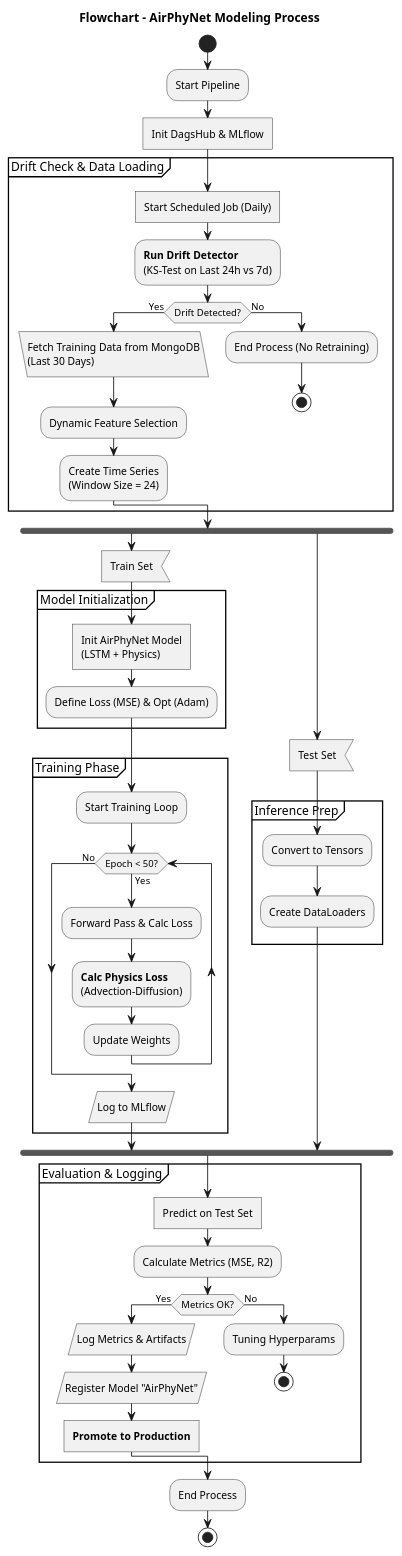
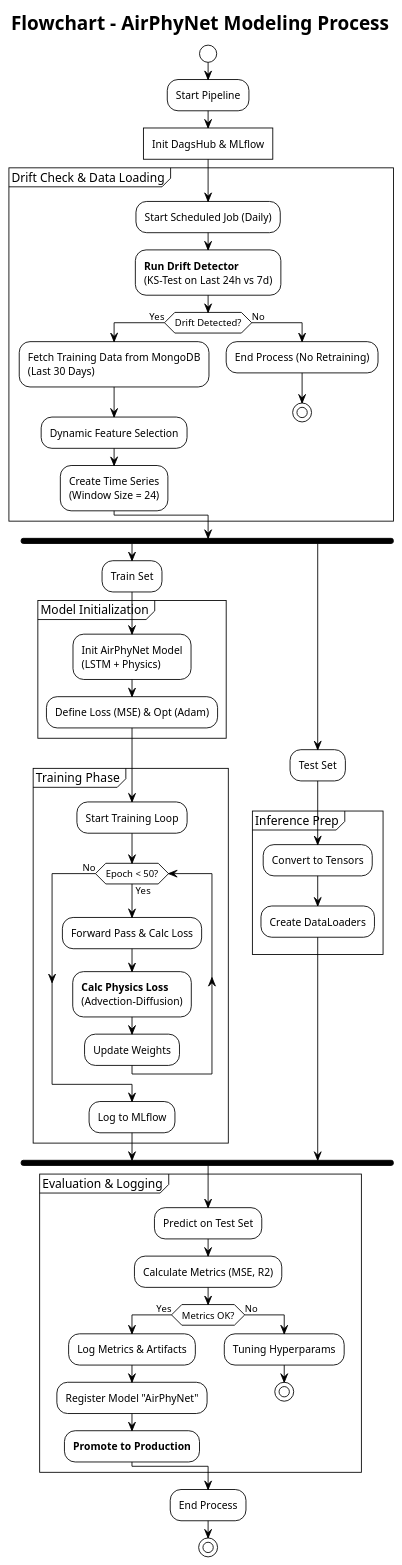
Before and after one commit to pratama404/breev: the diagram in docs/Architecture_Diagrams/flowchart-airphynet-modeling.puml, drawn with PlantUML. The commit also changed 11 other files, not shown here.

Commit message:
feat: Add initial backend services for data ingestion, ML model, monitoring, and comprehensive architectural documentation.

```diff
--- a/docs/Architecture_Diagrams/flowchart-airphynet-modeling.puml
+++ b/docs/Architecture_Diagrams/flowchart-airphynet-modeling.puml
@@ -1,73 +1,73 @@
 @startuml Flowchart - AirPhyNet Horizontal
 title Flowchart - AirPhyNet Modeling Process
-
+!theme plain
+skinparam shadowng false
 
 start
 
 :Start Pipeline;
 
 :Init DagsHub & MLflow; <<task>>
 
-partition "Drift Check & Data Loading" {
-    :Start Scheduled Job (Daily); <<task>>
+group "Drift Check & Data Loading"
+    :Start Scheduled Job (Daily);
     :<b>Run Drift Detector</b>\n(KS-Test on Last 24h vs 7d);
     
     if (Drift Detected?) then (Yes)
-        :Fetch Training Data from MongoDB\n(Last 30 Days); <<load>>
+        :Fetch Training Data from MongoDB\n(Last 30 Days);
         :Dynamic Feature Selection;
         :Create Time Series\n(Window Size = 24);
     else (No)
         :End Process (No Retraining);
         stop
     endif
-}
+end group
 
 ' Percabangan untuk memisahkan Dataset
 fork
     ' === JALUR ATAS: TRAINING ===
-    :Train Set; <<input>>
+    :Train Set;
     
-    partition "Model Initialization" {
-        :Init AirPhyNet Model\n(LSTM + Physics); <<task>>
+    group "Model Initialization"
+        :Init AirPhyNet Model\n(LSTM + Physics);
         :Define Loss (MSE) & Opt (Adam);
-    }
+    end group
 
-    partition "Training Phase" {
-        ' Loop disederhanakan agar rapi di horizontal
+    group "Training Phase"
         :Start Training Loop;
         while (Epoch < 50?) is (Yes)
             :Forward Pass & Calc Loss;
             :<b>Calc Physics Loss</b>\n(Advection-Diffusion);
             :Update Weights;
         endwhile (No)
-        :Log to MLflow; <<save>>
-    }
+        :Log to MLflow;
+    end group
 
 fork again
     ' === JALUR BAWAH: TESTING ===
-    :Test Set; <<input>>
+    :Test Set;
     
-    partition "Inference Prep" {
+    group "Inference Prep"
         :Convert to Tensors;
         :Create DataLoaders;
-    }
+    end group
 end fork
 
-partition "Evaluation & Logging" {
-    :Predict on Test Set; <<task>>
+group "Evaluation & Logging"
+    :Predict on Test Set;
     :Calculate Metrics (MSE, R2);
     
     if (Metrics OK?) then (Yes)
-        :Log Metrics & Artifacts; <<save>>
-        :Register Model "AirPhyNet"; <<save>>
-        :<b>Promote to Production</b>; <<task>>
+        :Log Metrics & Artifacts;
+        :Register Model "AirPhyNet";
+        :<b>Promote to Production</b>;
     else (No)
         :Tuning Hyperparams;
         stop
     endif
-}
+end group
 
 :End Process;
 
 stop
 @enduml
```
